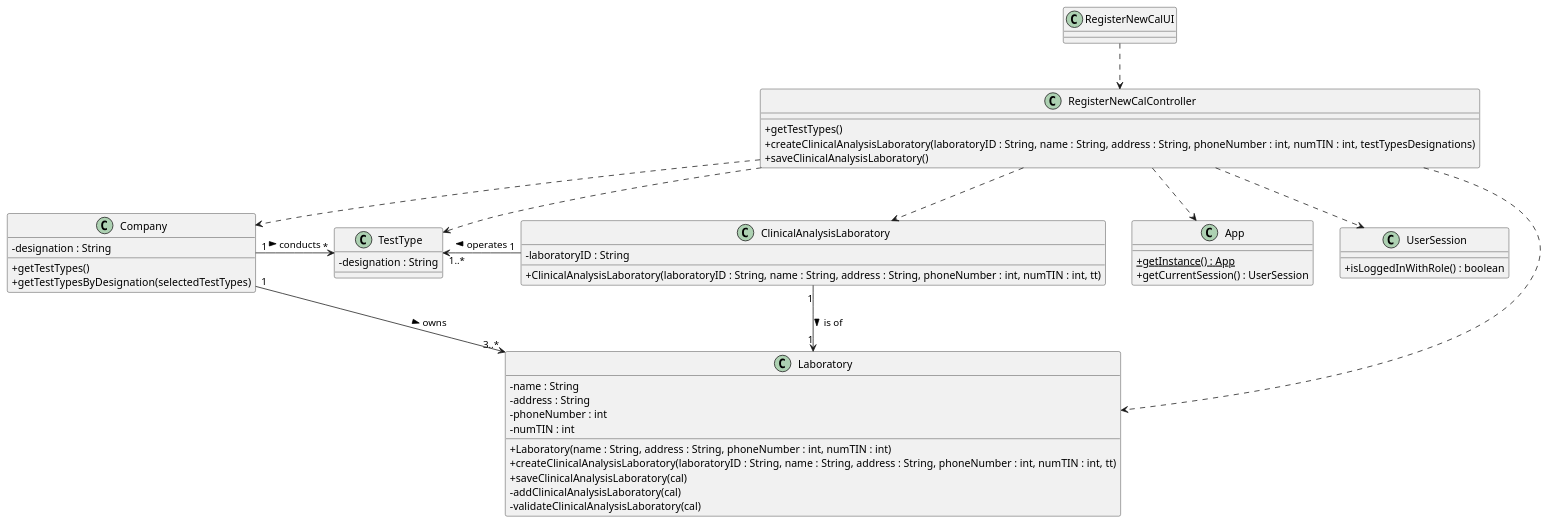
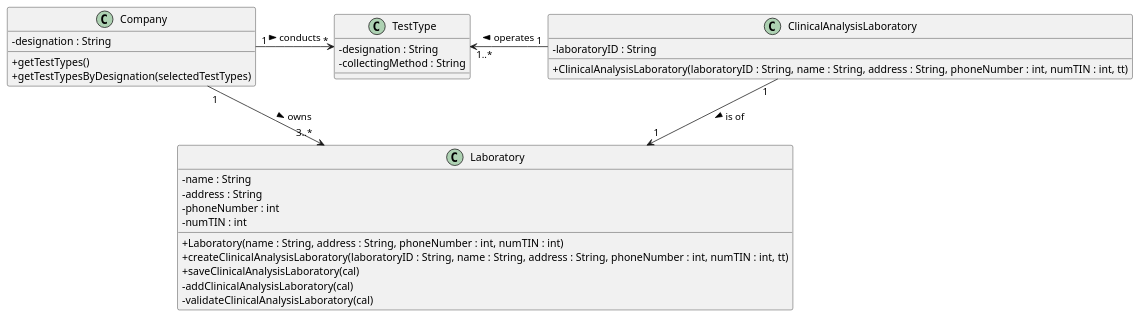
One commit to ana-albergaria/LAPR2-ISEP changed the diagram in docs/SprintB/US_8/US8_CD.puml. Above: the diagram before and after it, drawn with PlantUML. The commit also changed 2 other files, not shown here.

Commit message:
Correcting Diagrams

```diff
--- a/docs/SprintB/US_8/US8_CD.puml
+++ b/docs/SprintB/US_8/US8_CD.puml
@@ -1,73 +1,74 @@
 @startuml
 skinparam classAttributeIconSize 0
-
+/'
 class App {
 +{static} getInstance() : App
 +getCurrentSession() : UserSession
 }
-
+'/
+/'
 class UserSession {
 +isLoggedInWithRole() : boolean
 }
+'/
 
 class Laboratory {
 -name : String
 -address : String
 -phoneNumber : int
 -numTIN : int
 +Laboratory(name : String, address : String, phoneNumber : int, numTIN : int)
 +createClinicalAnalysisLaboratory(laboratoryID : String, name : String, address : String, phoneNumber : int, numTIN : int, tt)
 +saveClinicalAnalysisLaboratory(cal)
 -addClinicalAnalysisLaboratory(cal)
 -validateClinicalAnalysisLaboratory(cal)
 }
 
 class ClinicalAnalysisLaboratory {
 -laboratoryID : String
 +ClinicalAnalysisLaboratory(laboratoryID : String, name : String, address : String, phoneNumber : int, numTIN : int, tt)
 }
 
 class TestType {
 -designation : String
+-collectingMethod : String
 }
 
 class Company {
 -designation : String
 +getTestTypes()
 +getTestTypesByDesignation(selectedTestTypes)
 }
 
-class RegisterNewCalController {
+/'class RegisterNewCalController {
 +getTestTypes()
 +createClinicalAnalysisLaboratory(laboratoryID : String, name : String, address : String, phoneNumber : int, numTIN : int, testTypesDesignations)
 +saveClinicalAnalysisLaboratory()
-}
+}'/
 
-class RegisterNewCalUI {
+/'class RegisterNewCalUI {}'/
 
-}
-
-RegisterNewCalUI ..> RegisterNewCalController
-RegisterNewCalController ..> Laboratory
+/'RegisterNewCalUI ..> RegisterNewCalController'/
+/'RegisterNewCalController ..> Laboratory
 RegisterNewCalController ..> TestType
 RegisterNewCalController ..> ClinicalAnalysisLaboratory
-RegisterNewCalController ..> Company
-RegisterNewCalController ..> App
-RegisterNewCalController ..> UserSession
+RegisterNewCalController ..> Company'/
+/'RegisterNewCalController ..> App
+RegisterNewCalController ..> UserSession'/
 
 Company "1" -> "*" TestType : conducts >
 /'VERIFICAR MULTIPLICIDADE LINHA ABAIXO'/
 ClinicalAnalysisLaboratory "1" --> "1" Laboratory : is of >
 Company "1" --> "3..*" Laboratory : owns >
 ClinicalAnalysisLaboratory "1" -> "1..*" TestType : operates >
 
 
 TestType -[hidden]down-> ClinicalAnalysisLaboratory
 
 /'Laboratory <|-- ClinicalAnalysisLaboratory'/
 
 
 
 
 
 @enduml
```
